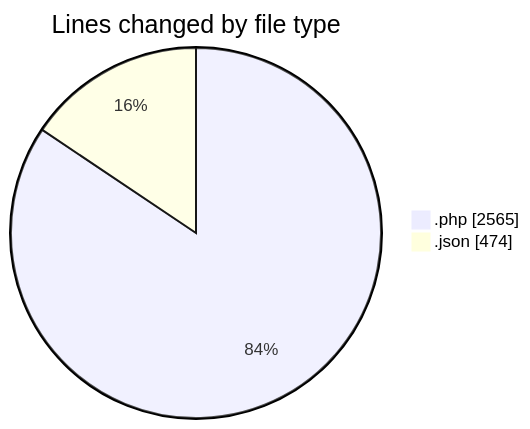
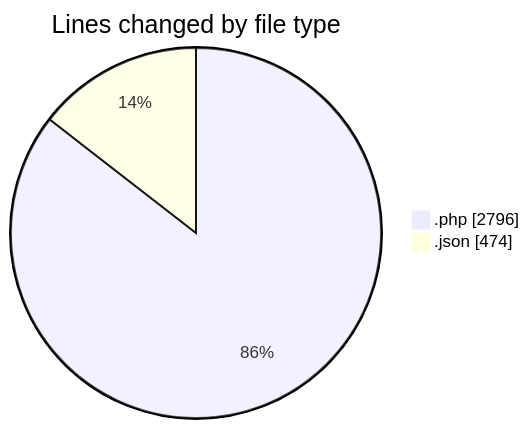
One commit to idhammustaqopulfikri/code-tracking changed the first of 2 diagrams in 2025-06-16/studio-backend/README.md. Above: the diagram before and after it, drawn with Mermaid. The commit also changed other lines of this file and 1 other file, not shown here.

````diff
--- a/2025-06-16/studio-backend/README.md
+++ b/2025-06-16/studio-backend/README.md
@@ -36,6 +36,6 @@
 ```mermaid
 pie showData
 title Lines changed by file type
-".php" : 2565
+".php" : 2796
 ".json" : 474
 ```
````
